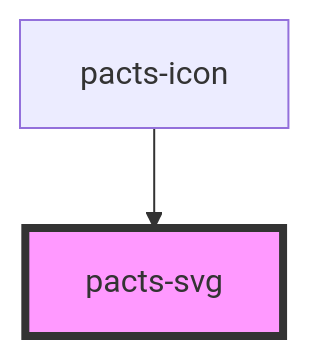
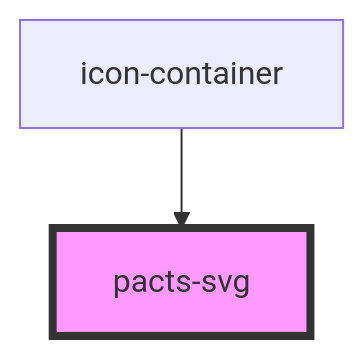
One commit to PactsTech/pacts-components changed the diagram in packages/stencil-components/src/components/pacts-svg/readme.md. Above: the diagram before and after it, drawn with Mermaid. The commit also changed other lines of this file and 26 other files, not shown here.

Commit message:
feat: add icon container and row components

````diff
--- a/packages/stencil-components/src/components/pacts-svg/readme.md
+++ b/packages/stencil-components/src/components/pacts-svg/readme.md
@@ -15,5 +15,5 @@
 ```mermaid
 graph TD;
-  pacts-icon --> pacts-svg
+  icon-container --> pacts-svg
   style pacts-svg fill:#f9f,stroke:#333,stroke-width:4px
 ```
````
